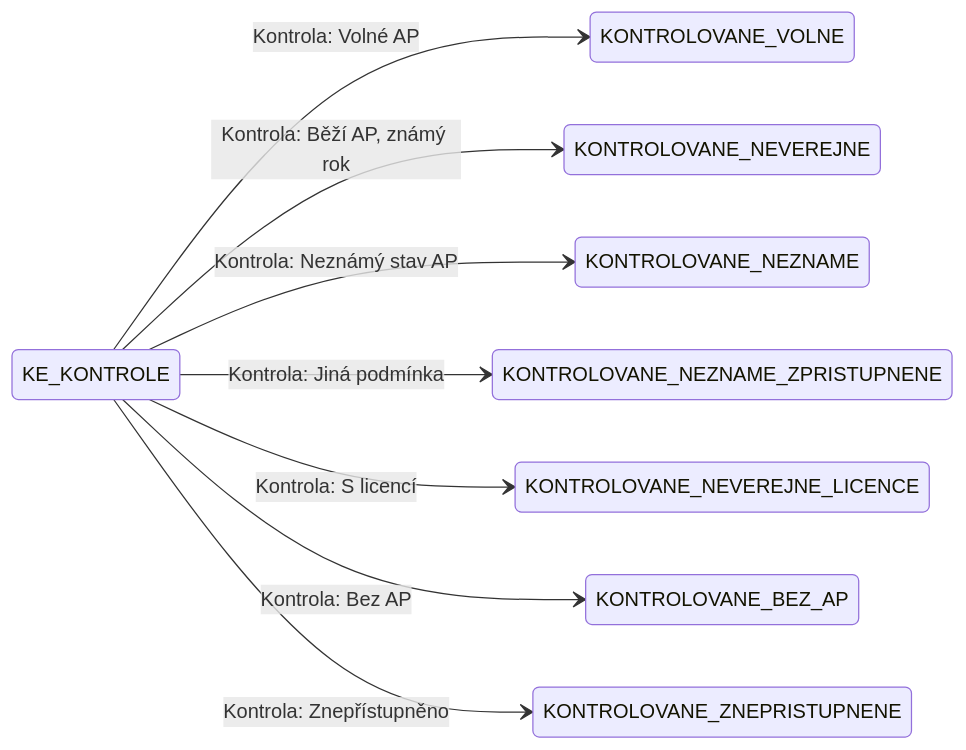
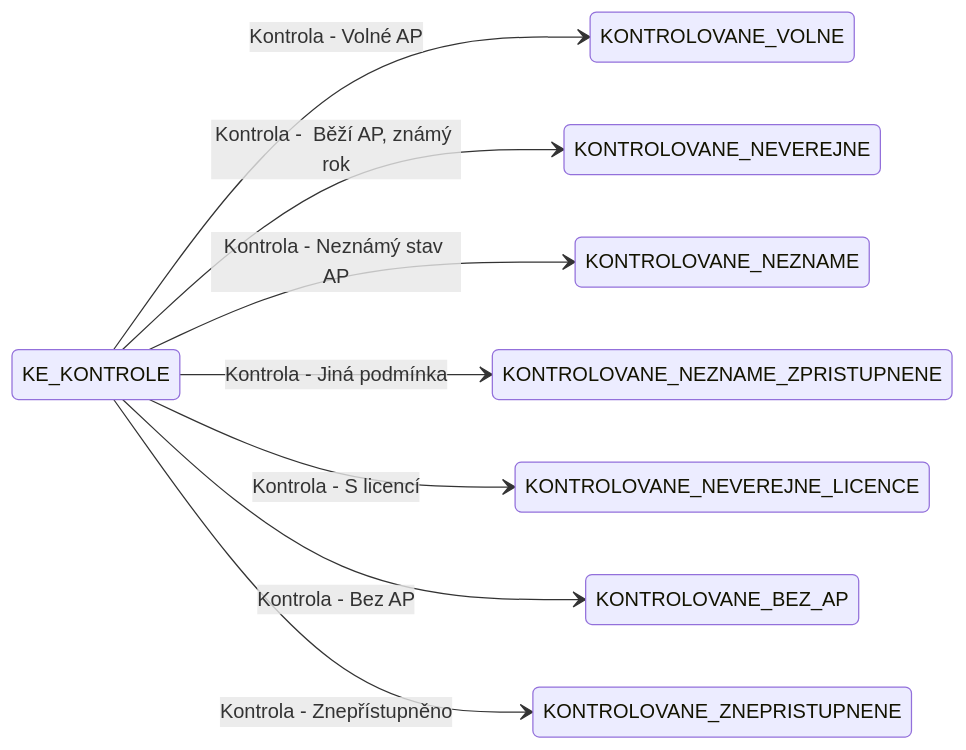
Before and after one commit to ceskaexpedice/kapp: the second of 2 diagrams in README.md, drawn with Mermaid.

````diff
--- a/README.md
+++ b/README.md
@@ -36,29 +36,29 @@
 ```mermaid
 stateDiagram-v2
     direction LR
 
     state Imported <<start>>
     state Konec <<end>>
 
     state NEKONTROLOVANÉ_ZPŘÍSTUPNĚNÉ : Automaticky přidělovaná licence public - Nedochází ke kurátorské kontrole (Monografie pred rokem 1900 a rocniky starsi nez 110 let)
     state NEKONTROLOVANÉ : Automaticky přidělovaná licence onsite - Nedochází ke kurátorské kontrole (Mapy, monografie a hudebniny vydané před méně než 70 lety)
     state KE_KONTROLE : Nutná kurátorská kontrola
 
     state KONTROLOVANÉ_VOLNÉ : Public (Volné AP)
     state KONTROLOVANÉ_NEVEŘEJNÉ : Private (Běží AP, s rozhodným rokem)
     state KONTROLOVANÉ_NEZNÁMÉ : Private (Neznámý stav AP)
     state KONTROLOVANÉ_NEZNÁMÉ_ZPŘÍSTUPNĚNÉ : Public (Neznámé AP, ale zpřístupněno)
     state KONTROLOVANÉ_NEVEŘEJNÉ_LICENCE : Public/Private (Neveřejné, ale s licencí)
     state KONTROLOVANÉ_BEZ_AP : Public (Dílo bez AP)
     state KONTROLOVANÉ_ZNEPŘÍSTUPNĚNÉ : Private (Znepřístupněno)
 
 
     %% Přechody po kurátorské kontrole
-    KE_KONTROLE --> KONTROLOVANE_VOLNE : Kontrola: Volné AP
-    KE_KONTROLE --> KONTROLOVANE_NEVEREJNE : Kontrola: Běží AP, známý rok
-    KE_KONTROLE --> KONTROLOVANE_NEZNAME : Kontrola: Neznámý stav AP
-    KE_KONTROLE --> KONTROLOVANE_NEZNAME_ZPRISTUPNENE : Kontrola: Jiná podmínka
-    KE_KONTROLE --> KONTROLOVANE_NEVEREJNE_LICENCE : Kontrola: S licencí
-    KE_KONTROLE --> KONTROLOVANE_BEZ_AP : Kontrola: Bez AP
-    KE_KONTROLE --> KONTROLOVANE_ZNEPRISTUPNENE : Kontrola: Znepřístupněno
+    KE_KONTROLE --> KONTROLOVANE_VOLNE : Kontrola - Volné AP
+    KE_KONTROLE --> KONTROLOVANE_NEVEREJNE : Kontrola -  Běží AP, známý rok
+    KE_KONTROLE --> KONTROLOVANE_NEZNAME : Kontrola - Neznámý stav AP
+    KE_KONTROLE --> KONTROLOVANE_NEZNAME_ZPRISTUPNENE : Kontrola - Jiná podmínka
+    KE_KONTROLE --> KONTROLOVANE_NEVEREJNE_LICENCE : Kontrola - S licencí
+    KE_KONTROLE --> KONTROLOVANE_BEZ_AP : Kontrola - Bez AP
+    KE_KONTROLE --> KONTROLOVANE_ZNEPRISTUPNENE : Kontrola - Znepřístupněno
 ```
````
